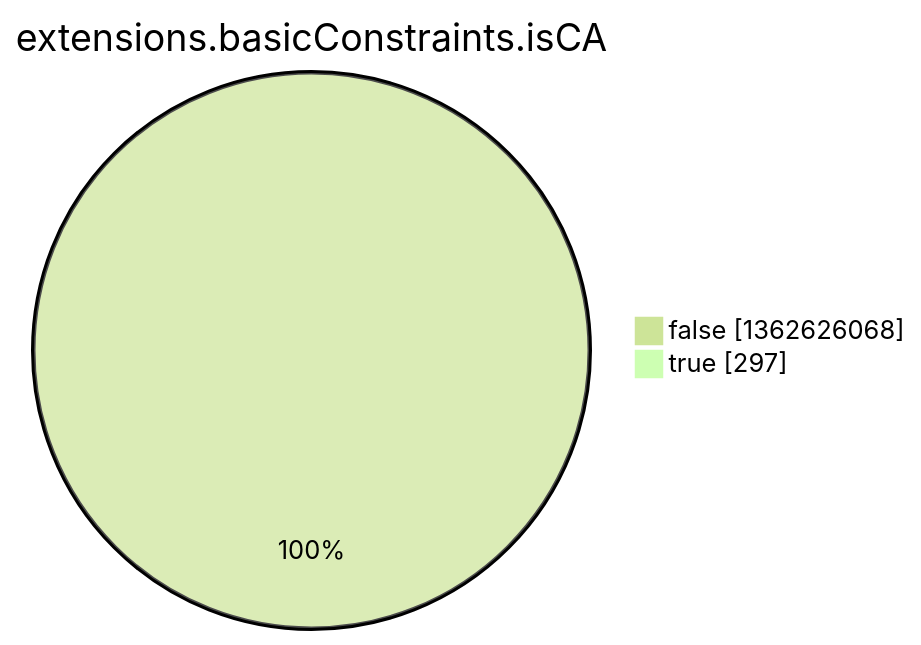
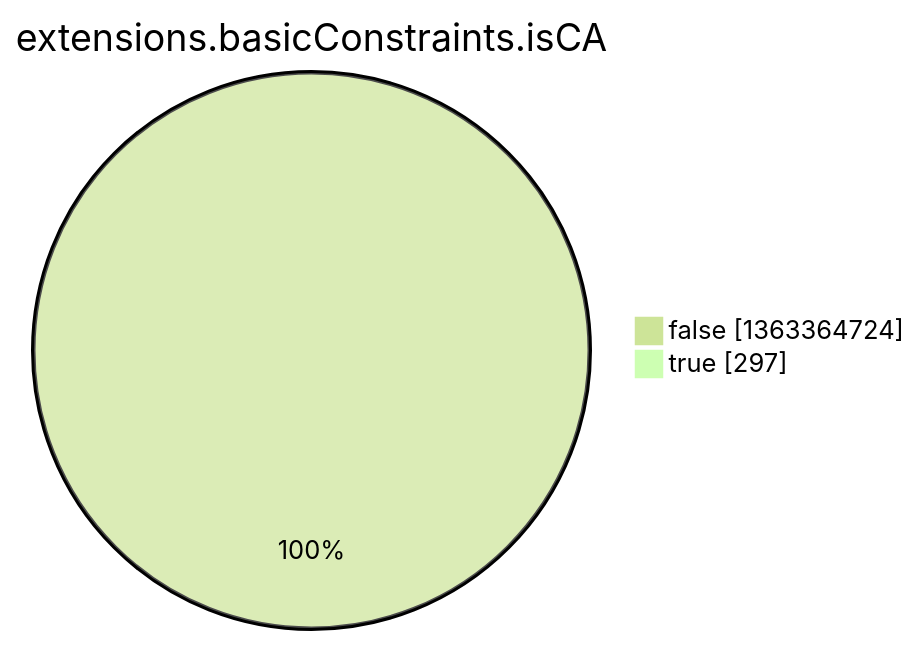
Before and after one commit to christiankrug/ctmonitor_visualization: the eighth of 15 diagrams in argon2022/README.md, drawn with Mermaid (forest theme). The commit also changed other lines of this file, not shown here.

````diff
--- a/argon2022/README.md
+++ b/argon2022/README.md
@@ -2758,6 +2758,6 @@
 ```mermaid
 pie showData
 title extensions.basicConstraints.isCA
-"false" :1362626068
+"false" :1363364724
 "true" :297
 ```
````
